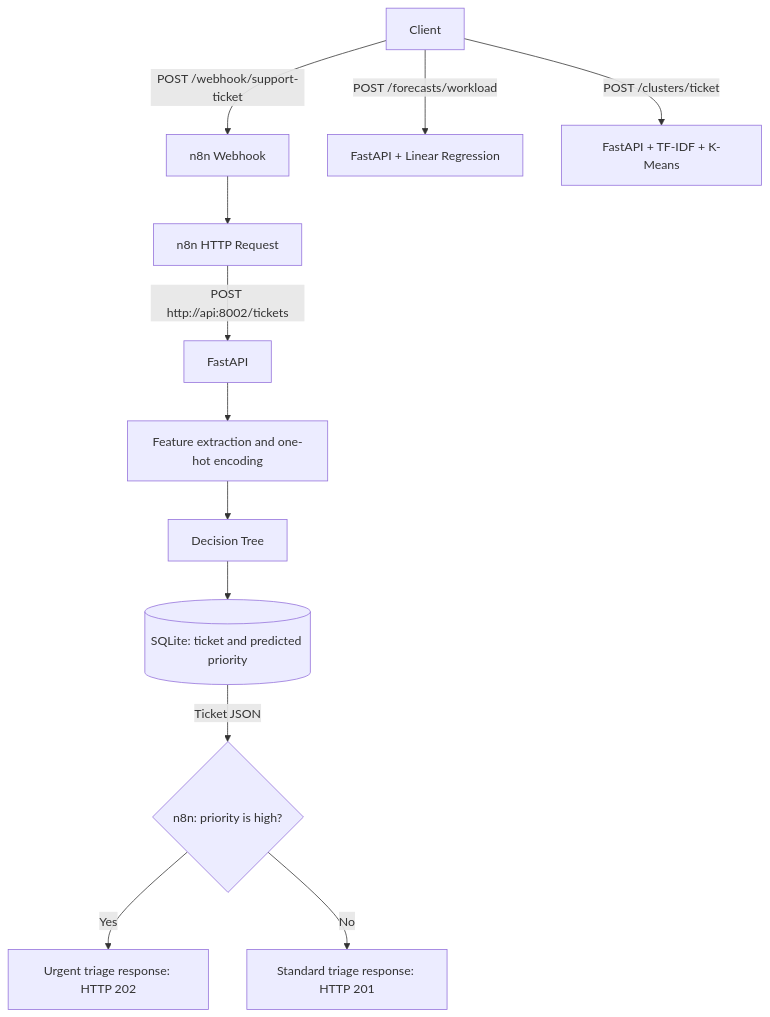
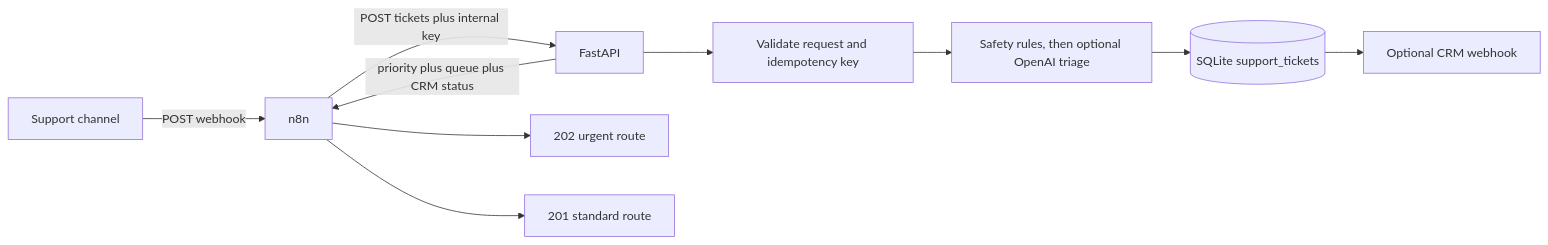
Before and after one commit to Mykhailo-Surovtsev/support_ops_intelligence: the diagram in README.md, drawn with Mermaid. The commit also changed other lines of this file and 28 other files, not shown here.

````diff
--- a/README.md
+++ b/README.md
@@ -74,14 +20,12 @@
-```mermaid
-flowchart TD
-    Client[Client] -->|POST /webhook/support-ticket| Webhook[n8n Webhook]
-    Webhook --> Request[n8n HTTP Request]
-    Request -->|POST http://api:8002/tickets| API[FastAPI]
-    API --> Features[Feature extraction and one-hot encoding]
-    Features --> Tree[Decision Tree]
-    Tree --> DB[(SQLite: ticket and predicted priority)]
-    DB -->|Ticket JSON| Condition{n8n: priority is high?}
-    Condition -->|Yes| Urgent[Urgent triage response: HTTP 202]
-    Condition -->|No| Standard[Standard triage response: HTTP 201]
-    Client -->|POST /forecasts/workload| Regression[FastAPI + Linear Regression]
-    Client -->|POST /clusters/ticket| Clustering[FastAPI + TF-IDF + K-Means]
-```
+~~~mermaid
+flowchart LR
+    Client[Support channel] -->|POST webhook| N8N[n8n]
+    N8N -->|POST tickets plus internal key| API[FastAPI]
+    API --> Validate[Validate request and idempotency key]
+    Validate --> Triage[Safety rules, then optional OpenAI triage]
+    Triage --> Store[(SQLite support_tickets)]
+    Store --> CRM[Optional CRM webhook]
+    API -->|priority plus queue plus CRM status| N8N
+    N8N --> Urgent[202 urgent route]
+    N8N --> Standard[201 standard route]
+~~~
````
